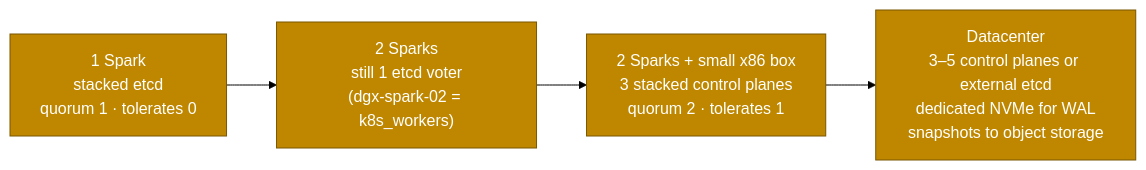
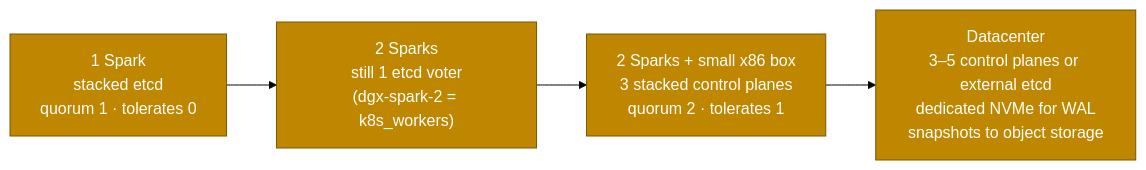
One commit to cloudone365/technical-depth changed the third of 3 diagrams in 02 Kubernetes/03-etcd-database-deep-dive.md. Above: the diagram before and after it, drawn with Mermaid (forest theme). The commit also changed other lines of this file and 91 other files, not shown here.

First line of the commit message:
Rename the Spark hosts to dgx-spark-1 / dgx-spark-2

````diff
--- a/02 Kubernetes/03-etcd-database-deep-dive.md
+++ b/02 Kubernetes/03-etcd-database-deep-dive.md
@@ -439,8 +439,8 @@
 ```mermaid
 flowchart LR
-  A["1 Spark<br/>stacked etcd<br/>quorum 1 · tolerates 0"] --> B["2 Sparks<br/>still 1 etcd voter<br/>(dgx-spark-02 = k8s_workers)"]
+  A["1 Spark<br/>stacked etcd<br/>quorum 1 · tolerates 0"] --> B["2 Sparks<br/>still 1 etcd voter<br/>(dgx-spark-2 = k8s_workers)"]
   B --> C["2 Sparks + small x86 box<br/>3 stacked control planes<br/>quorum 2 · tolerates 1"]
   C --> D["Datacenter<br/>3–5 control planes or external etcd<br/>dedicated NVMe for WAL<br/>snapshots to object storage"]
   classDef store fill:#bf8700,stroke:#7a5600,color:#fff
   class A,B,C,D store
 ```
````
